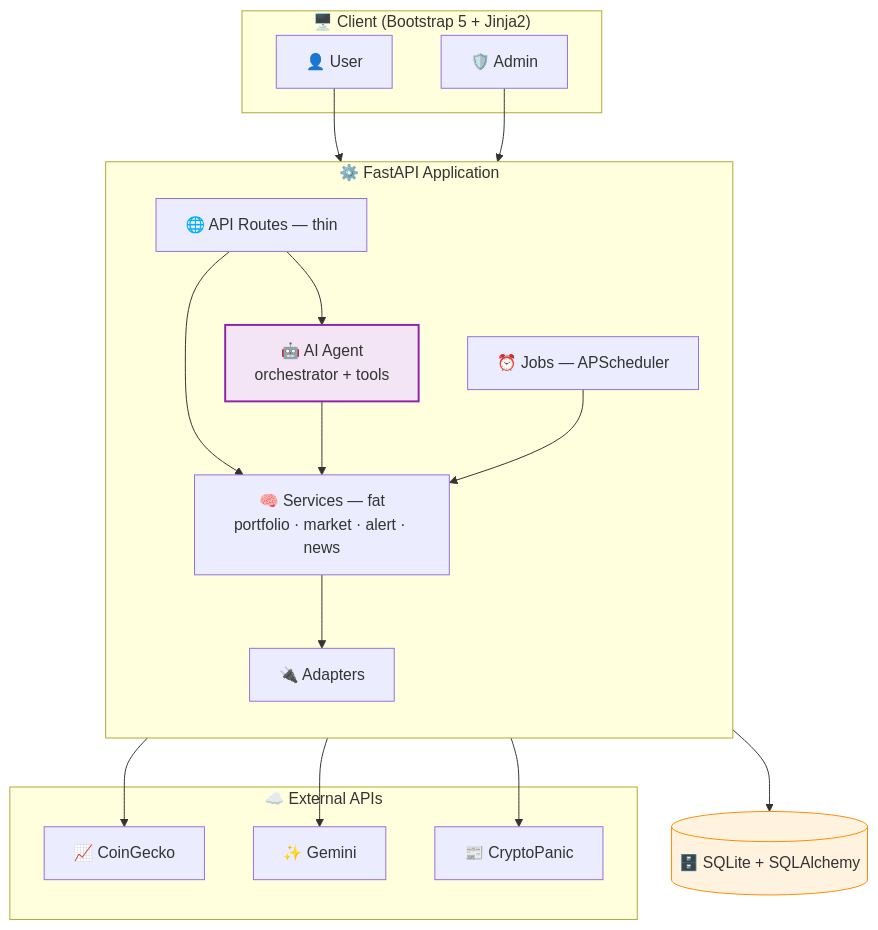
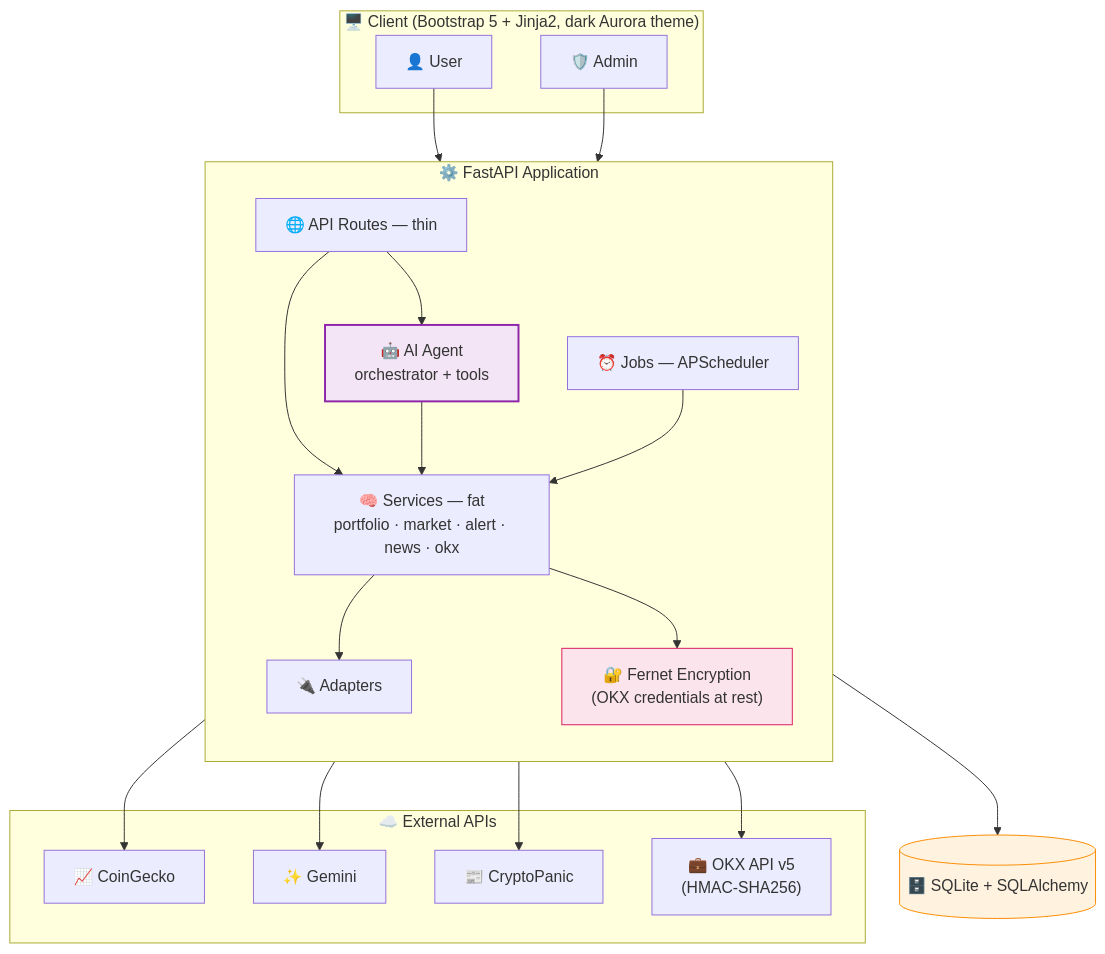
The third of 3 diagrams in README.md (QuyDauBac/Crypto_Agentic_AI), drawn with Mermaid before and after one commit. The commit also changed other lines of this file and 1 other file, not shown here.

Commit message:
docs: update README with Phase 7 UI polish and Phase 8 OKX wallet integration

````diff
--- a/README.md
+++ b/README.md
@@ -99,39 +102,44 @@
 ```mermaid
 flowchart TB
-    subgraph Client["🖥️ Client (Bootstrap 5 + Jinja2)"]
+    subgraph Client["🖥️ Client (Bootstrap 5 + Jinja2, dark Aurora theme)"]
         U["👤 User"]
         A["🛡️ Admin"]
     end
 
     subgraph App["⚙️ FastAPI Application"]
         direction TB
         R["🌐 API Routes — thin"]
-        S["🧠 Services — fat<br/>portfolio · market · alert · news"]
+        S["🧠 Services — fat<br/>portfolio · market · alert · news · okx"]
         AG["🤖 AI Agent<br/>orchestrator + tools"]
         AD["🔌 Adapters"]
         J["⏰ Jobs — APScheduler"]
+        ENC["🔐 Fernet Encryption<br/>(OKX credentials at rest)"]
     end
 
     DB[("🗄️ SQLite + SQLAlchemy")]
 
     subgraph Ext["☁️ External APIs"]
         CG["📈 CoinGecko"]
         GM["✨ Gemini"]
         CP["📰 CryptoPanic"]
+        OKX["💼 OKX API v5<br/>(HMAC-SHA256)"]
     end
 
     U --> R
     A --> R
     R --> S
     R --> AG
     AG --> S
     S --> AD
     S --> DB
+    S --> ENC
     AG --> GM
     AD --> CG
     AD --> CP
+    AD --> OKX
     J --> S
 
     style AG fill:#f3e5f5,stroke:#8e24aa,stroke-width:2px
     style DB fill:#fff3e0,stroke:#fb8c00
+    style ENC fill:#fce4ec,stroke:#d81b60
 ```
````
